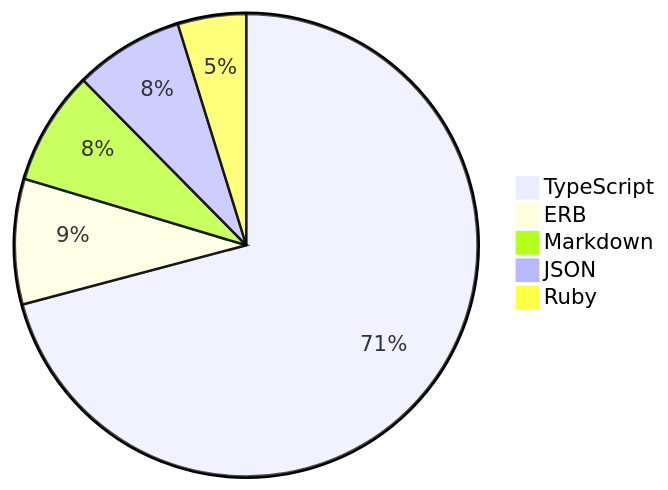
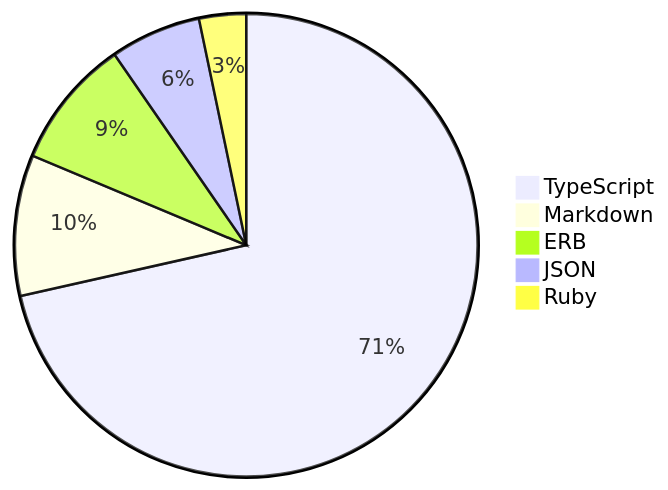
The diagram in README.md (skvggor/skvggor), drawn with Mermaid before and after one commit.

Commit message:
Updated waka-readme graph with new metrics

````diff
--- a/README.md
+++ b/README.md
@@ -35,8 +35,8 @@
 ```mermaid
 pie
-    "TypeScript" : 62.3
-    "ERB" : 7.7
-    "Markdown" : 7.0
-    "JSON" : 6.7
-    "Ruby" : 4.2
+    "TypeScript" : 65.4
+    "Markdown" : 9.0
+    "ERB" : 8.3
+    "JSON" : 5.8
+    "Ruby" : 3.0
 ```
````
